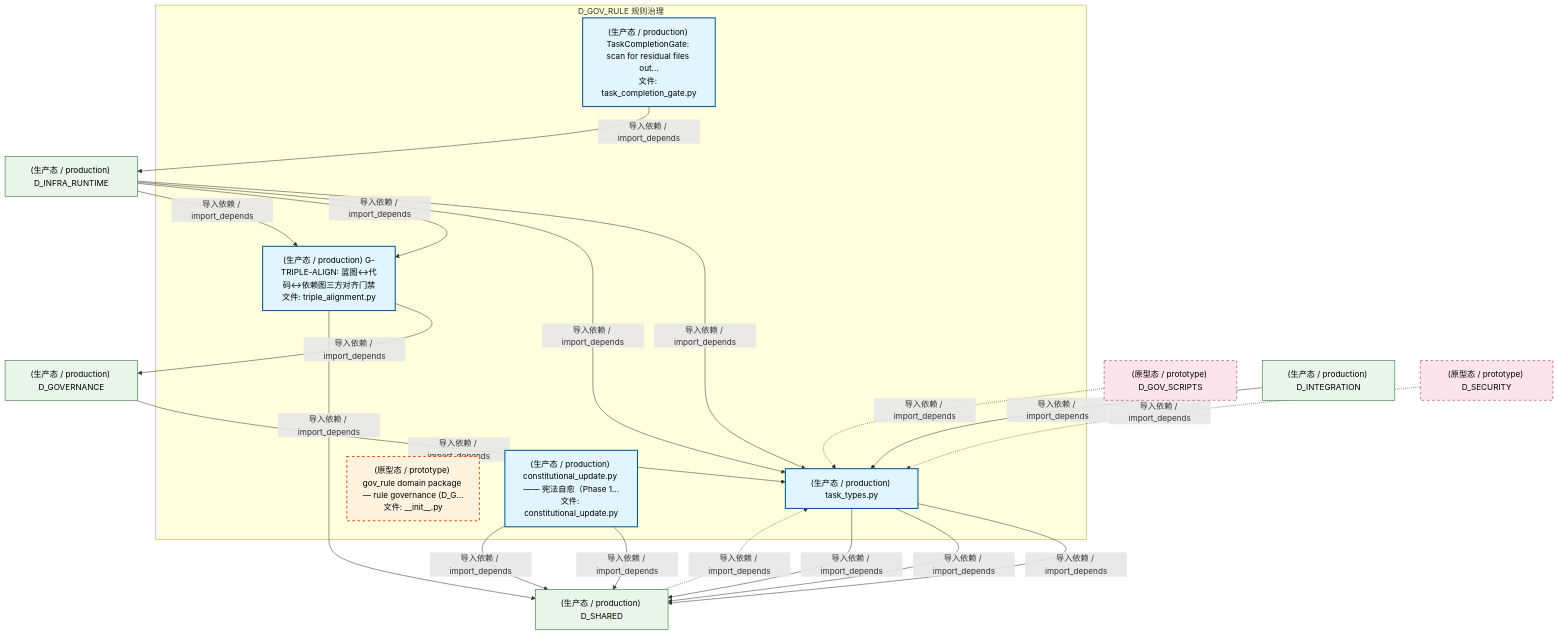
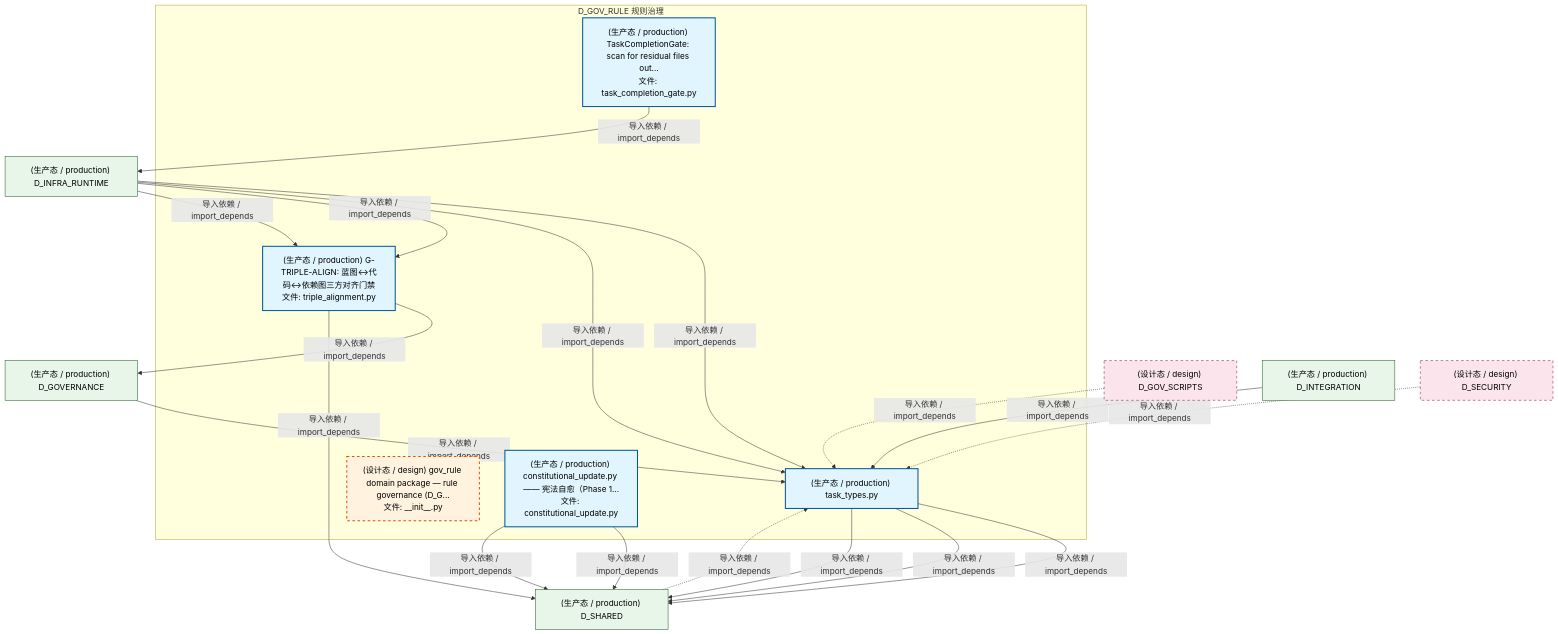
One commit to xuanFelixVan/ZephyrAlpha changed the second of 5 diagrams in docs/02_enterprise_architecture/02_domain_architecture_docs/45_d_gov_rule.md. Above: the diagram before and after it, drawn with Mermaid. The commit also changed other lines of this file and 177 other files, not shown here.

````diff
--- a/docs/02_enterprise_architecture/02_domain_architecture_docs/45_d_gov_rule.md
+++ b/docs/02_enterprise_architecture/02_domain_architecture_docs/45_d_gov_rule.md
@@ -197,41 +196,41 @@
 ```mermaid
 graph TD
     subgraph D_GOV_RULE["D_GOV_RULE 规则治理"]
         src_zephyr_gov_enforcement_rule_enforcement_task_completion_gate_py["(生产态 / production) TaskCompletionGate: scan for residual files out...<br/>文件: task_completion_gate.py"]
         src_zephyr_gov_enforcement_rule_enforcement_task_types_py["(生产态 / production) task_types.py"]
         src_zephyr_gov_enforcement_rule_enforcement_triple_alignment_py["(生产态 / production) G-TRIPLE-ALIGN: 蓝图↔代码↔依赖图三方对齐门禁<br/>文件: triple_alignment.py"]
-        src_zephyr_gov_rule_init_py["(原型态 / prototype) gov_rule domain package — rule governance (D_G...<br/>文件: __init__.py"]
+        src_zephyr_gov_rule_init_py["(设计态 / design) gov_rule domain package — rule governance (D_G...<br/>文件: __init__.py"]
         src_zephyr_gov_rule_constitutional_update_constitutional_update_py["(生产态 / production) constitutional_update.py —— 宪法自愈（Phase 1...<br/>文件: constitutional_update.py"]
     end
     D_SHARED["(生产态 / production) D_SHARED"]
     src_zephyr_gov_rule_constitutional_update_constitutional_update_py -->|导入依赖 / import_depends| D_SHARED
     D_GOVERNANCE["(生产态 / production) D_GOVERNANCE"]
     src_zephyr_gov_enforcement_rule_enforcement_triple_alignment_py -->|导入依赖 / import_depends| D_GOVERNANCE
     D_INFRA_RUNTIME["(生产态 / production) D_INFRA_RUNTIME"]
     src_zephyr_gov_enforcement_rule_enforcement_task_completion_gate_py -->|导入依赖 / import_depends| D_INFRA_RUNTIME
     src_zephyr_gov_enforcement_rule_enforcement_task_types_py -->|导入依赖 / import_depends| D_SHARED
     src_zephyr_gov_rule_constitutional_update_constitutional_update_py -->|导入依赖 / import_depends| D_SHARED
     src_zephyr_gov_enforcement_rule_enforcement_triple_alignment_py -->|导入依赖 / import_depends| D_SHARED
     src_zephyr_gov_enforcement_rule_enforcement_task_types_py -->|导入依赖 / import_depends| D_SHARED
     src_zephyr_gov_enforcement_rule_enforcement_task_types_py -->|导入依赖 / import_depends| D_SHARED
     D_GOVERNANCE -->|导入依赖 / import_depends| src_zephyr_gov_enforcement_rule_enforcement_task_types_py
     D_SHARED -.->|导入依赖 / import_depends| src_zephyr_gov_enforcement_rule_enforcement_task_types_py
     D_INFRA_RUNTIME -->|导入依赖 / import_depends| src_zephyr_gov_enforcement_rule_enforcement_task_types_py
     D_INFRA_RUNTIME -->|导入依赖 / import_depends| src_zephyr_gov_enforcement_rule_enforcement_task_types_py
-    D_GOV_SCRIPTS["(原型态 / prototype) D_GOV_SCRIPTS"]
+    D_GOV_SCRIPTS["(设计态 / design) D_GOV_SCRIPTS"]
     D_GOV_SCRIPTS -.->|导入依赖 / import_depends| src_zephyr_gov_enforcement_rule_enforcement_task_types_py
     D_INFRA_RUNTIME -->|导入依赖 / import_depends| src_zephyr_gov_enforcement_rule_enforcement_triple_alignment_py
     D_INTEGRATION["(生产态 / production) D_INTEGRATION"]
     D_INTEGRATION -->|导入依赖 / import_depends| src_zephyr_gov_enforcement_rule_enforcement_task_types_py
-    D_SECURITY["(原型态 / prototype) D_SECURITY"]
+    D_SECURITY["(设计态 / design) D_SECURITY"]
     D_SECURITY -.->|导入依赖 / import_depends| src_zephyr_gov_enforcement_rule_enforcement_task_types_py
     D_INFRA_RUNTIME -->|导入依赖 / import_depends| src_zephyr_gov_enforcement_rule_enforcement_triple_alignment_py
     classDef production fill:#e1f5fe,stroke:#01579b,stroke-width:2px,color:#000
     classDef design fill:#fff3e0,stroke:#e65100,stroke-width:2px,color:#000,stroke-dasharray: 5 5
     classDef external_prod fill:#e8f5e9,stroke:#1b5e20,stroke-width:1px,color:#000
     classDef external_design fill:#fce4ec,stroke:#880e4f,stroke-width:1px,color:#000,stroke-dasharray: 5 5
     class src_zephyr_gov_enforcement_rule_enforcement_task_completion_gate_py,src_zephyr_gov_enforcement_rule_enforcement_task_types_py,src_zephyr_gov_enforcement_rule_enforcement_triple_alignment_py,src_zephyr_gov_rule_constitutional_update_constitutional_update_py production
     class src_zephyr_gov_rule_init_py design
     class D_SHARED,D_GOVERNANCE,D_INFRA_RUNTIME,D_INTEGRATION external_prod
     class D_GOV_SCRIPTS,D_SECURITY external_design
 ```
````
